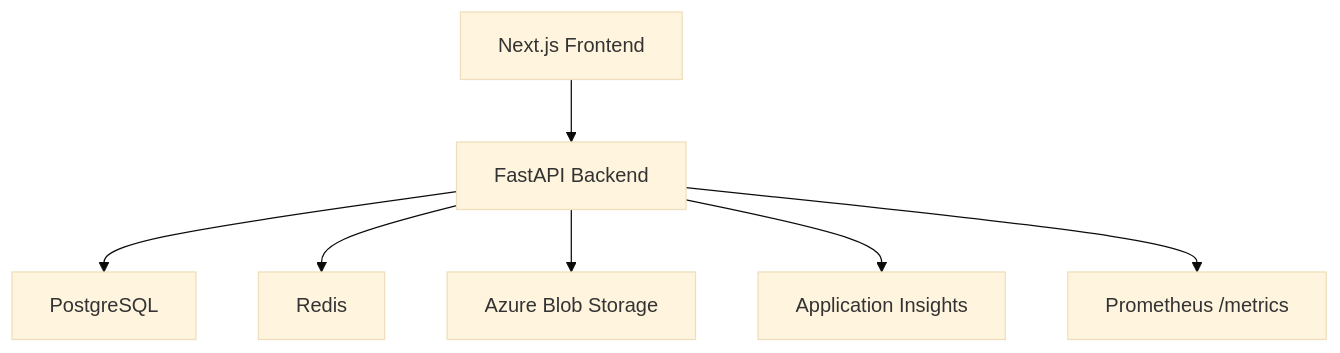
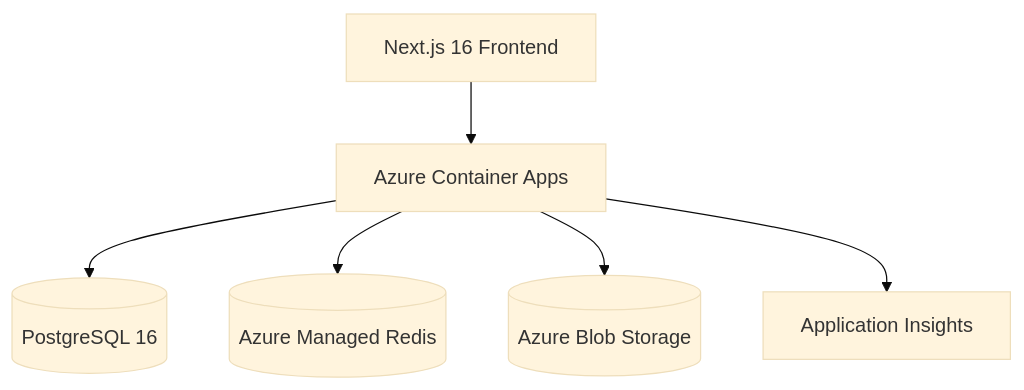
Before and after one commit to Shashwat-11/Azure-based-drive-clone: the diagram in README.md, drawn with Mermaid (base theme). The commit also changed other lines of this file and 8 other files, not shown here.

````diff
--- a/README.md
+++ b/README.md
@@ -5,9 +5,8 @@
 ```mermaid
-graph TD
-    A[Next.js Frontend] --> B[FastAPI Backend]
-    B --> C[PostgreSQL]
-    B --> D[Redis]
-    B --> E[Azure Blob Storage]
-    B --> F[Application Insights]
-    B --> G[Prometheus /metrics]
+graph TB
+    FE[Next.js 16 Frontend] --> CA[Azure Container Apps]
+    CA --> PG[(PostgreSQL 16)]
+    CA --> REDIS[(Azure Managed Redis)]
+    CA --> BLOB[(Azure Blob Storage)]
+    CA --> AI[Application Insights]
 ```
````
